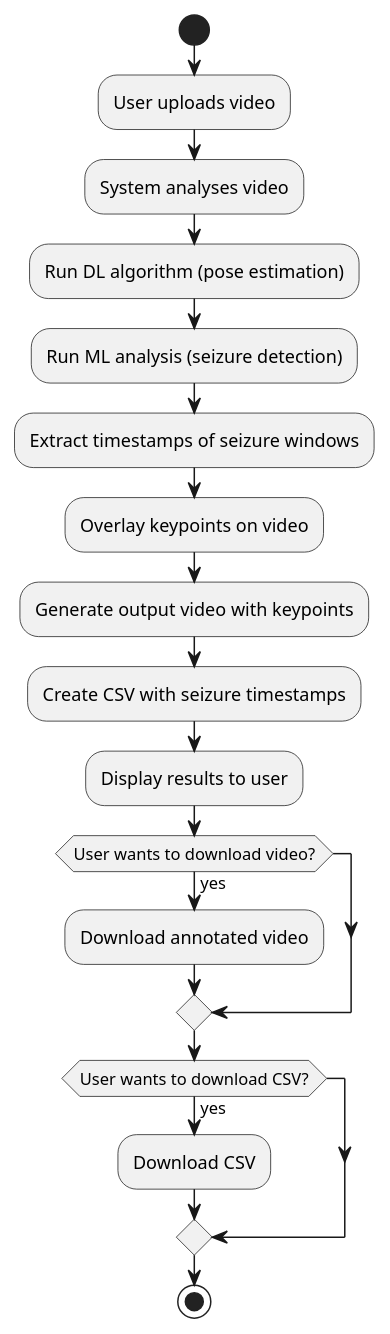
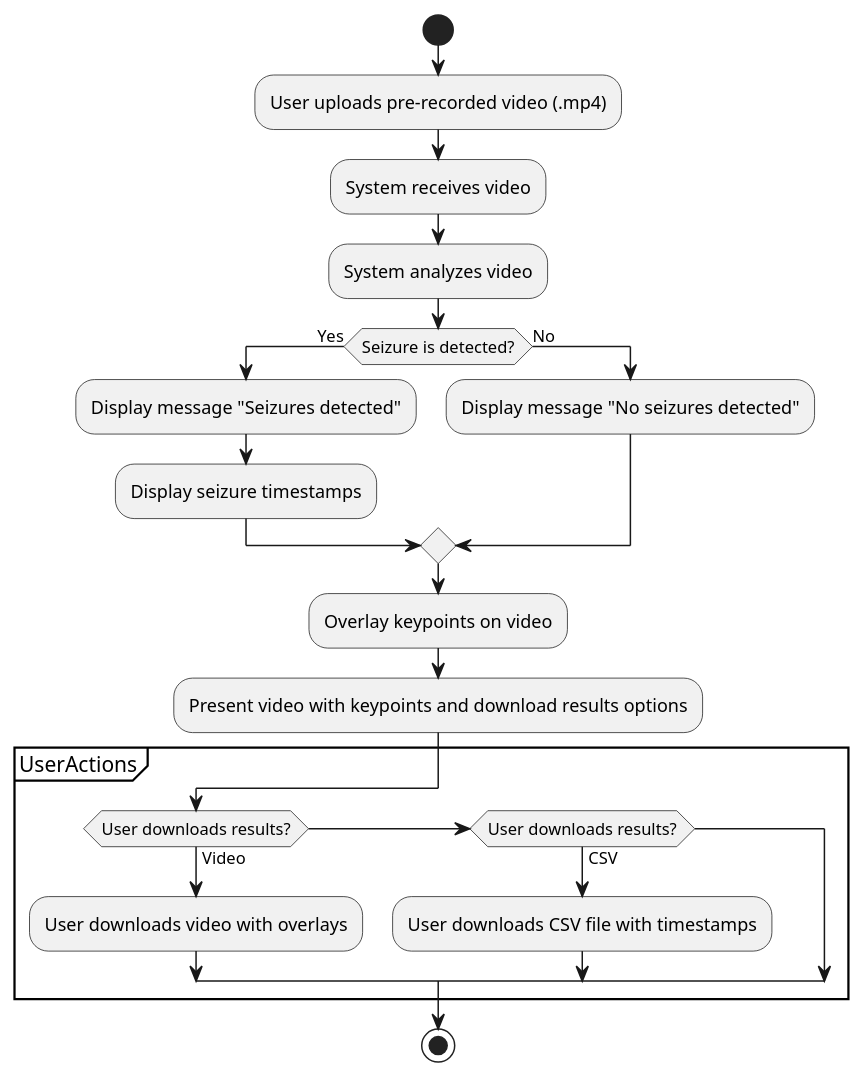
The diagram in Diagrams for report/ActivityDiagram.puml (aitana-qwe/BMIA-project), drawn with PlantUML before and after one commit. The commit also changed 1 other file, not shown here.

Commit message:
activity diagram for slides and updates

```diff
--- a/Diagrams for report/ActivityDiagram.puml
+++ b/Diagrams for report/ActivityDiagram.puml
@@ -1,26 +1,30 @@
 @startuml
 start
 
-:User uploads video;
-:System analyses video;
+:User uploads pre-recorded video (.mp4);
 
-:Run DL algorithm (pose estimation);
-:Run ML analysis (seizure detection);
-:Extract timestamps of seizure windows;
+:System receives video;
+
+:System analyzes video;
+
+if (Seizure is detected?) then (Yes)
+  :Display message "Seizures detected";
+  :Display seizure timestamps;
+else (No)
+  :Display message "No seizures detected";
+endif
 
 :Overlay keypoints on video;
-:Generate output video with keypoints;
-:Create CSV with seizure timestamps;
 
-:Display results to user;
+:Present video with keypoints and download results options;
 
-if (User wants to download video?) then (yes)
-  :Download annotated video;
-endif
-
-if (User wants to download CSV?) then (yes)
-  :Download CSV;
-endif
+partition UserActions {
+  if (User downloads results?) then (Video)
+    :User downloads video with overlays;
+  elseif (User downloads results?) then (CSV)
+    :User downloads CSV file with timestamps;
+  endif
+}
 
 stop
 @enduml
```
